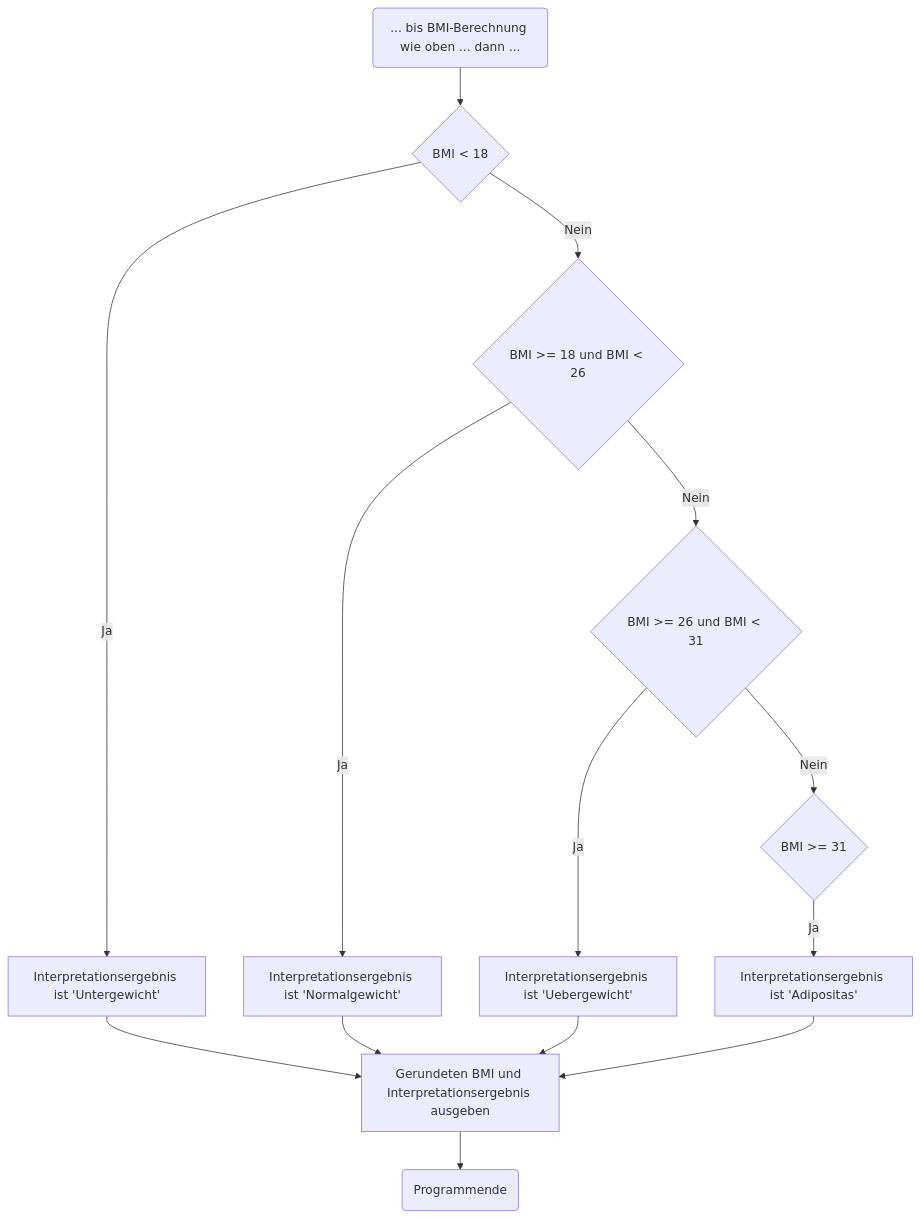
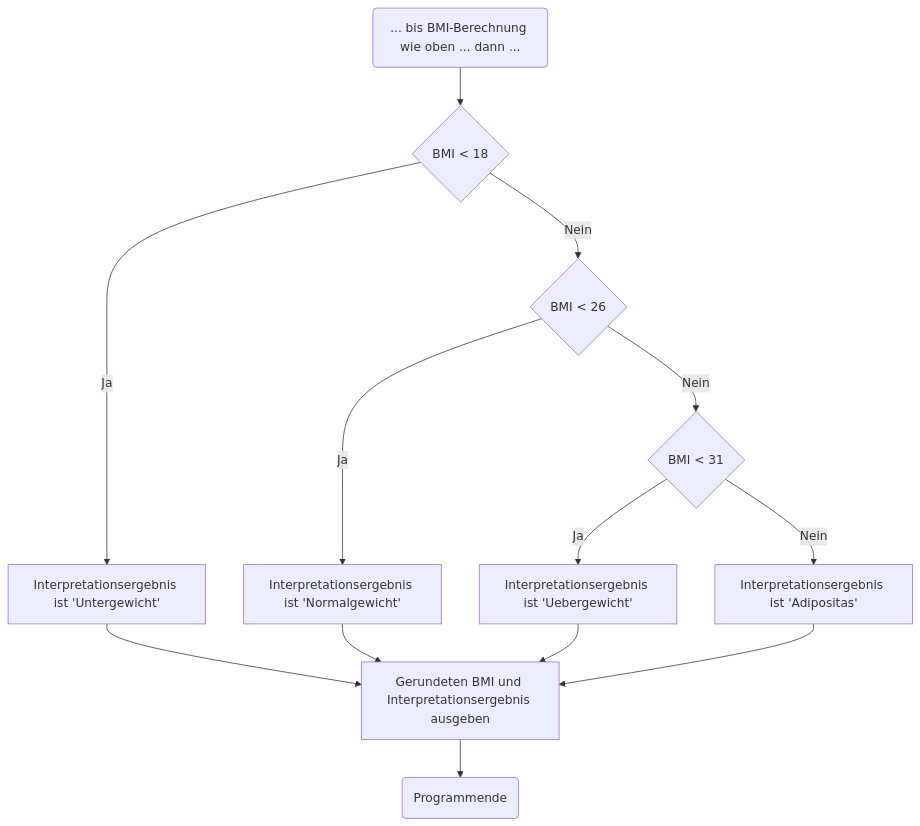
The third of 4 diagrams in VO-Teil-1/GrundkonzepteProgrammierung/BMI/README.md (clander/voprogrammieren), drawn with Mermaid before and after one commit. The commit also changed 1 other file, not shown here.

Commit message:
Refactoring

````diff
--- a/VO-Teil-1/GrundkonzepteProgrammierung/BMI/README.md
+++ b/VO-Teil-1/GrundkonzepteProgrammierung/BMI/README.md
@@ -199,20 +199,18 @@
 ```mermaid
 flowchart TD
     A(... bis BMI-Berechnung wie oben ... dann ...) --> J{BMI < 18}
     J -- Ja --> K[Interpretationsergebnis ist 'Untergewicht']
     K --> R
 
-    J -- Nein --> L{BMI >= 18 und BMI < 26}
+    J -- Nein --> L{BMI < 26}
     L -- Ja --> M[Interpretationsergebnis ist 'Normalgewicht']
     L -- Nein --> N
     
     M --> R
-    N{BMI >= 26 und BMI < 31} -- Ja --> O[Interpretationsergebnis ist 'Uebergewicht']
+    N{BMI < 31} -- Ja --> O[Interpretationsergebnis ist 'Uebergewicht']
     O --> R
-    N -- Nein --> P
-
-    P{BMI >= 31} -- Ja --> Q[Interpretationsergebnis ist 'Adipositas']
+    N -- Nein --> Q[Interpretationsergebnis ist 'Adipositas']
     Q --> R[Gerundeten BMI und Interpretationsergebnis ausgeben]
 
     R --> S(Programmende)
 ```
````
